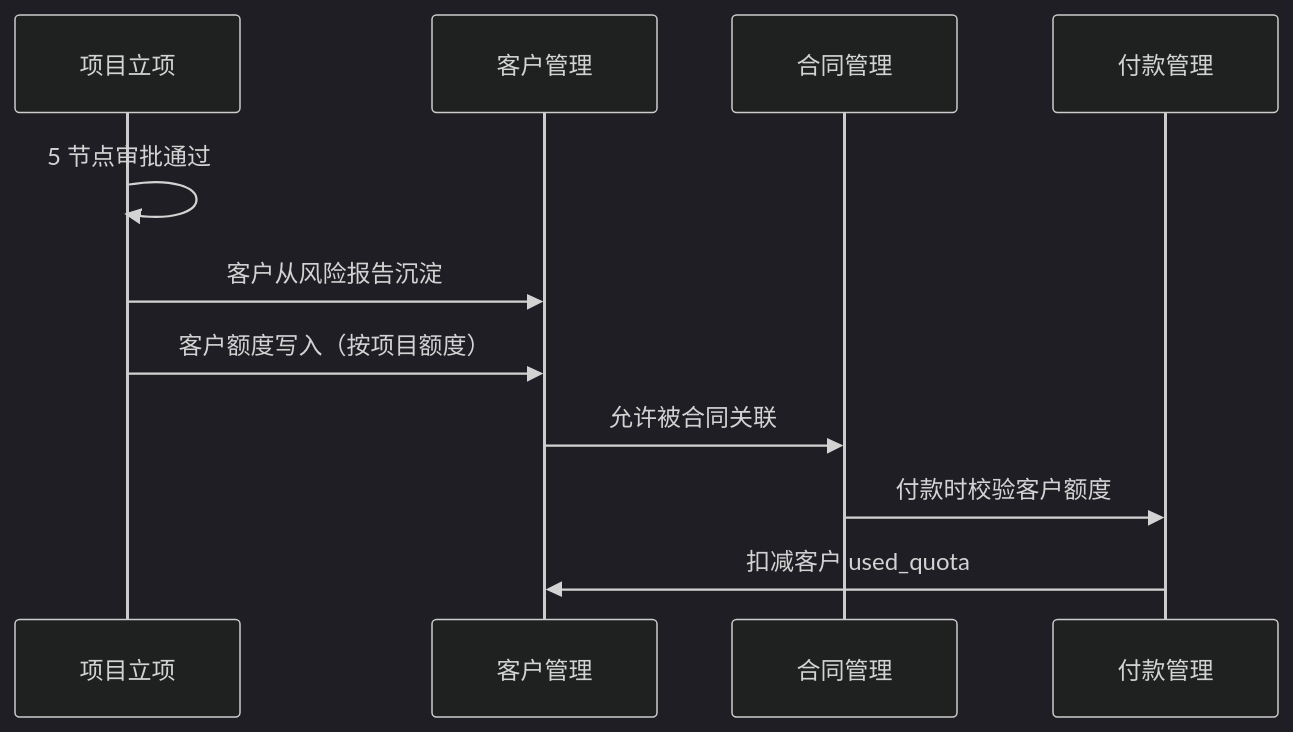
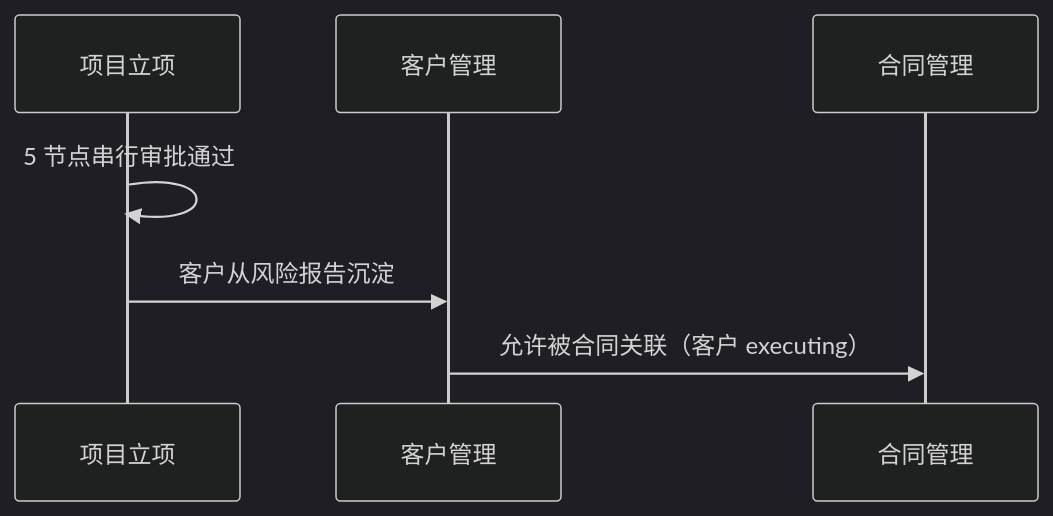
The fourth of 7 diagrams in docs-v2/02.02-客户管理.md (Ummyue/gyt-admin), drawn with Mermaid (dark theme) before and after one commit. The commit also changed other lines of this file and 40 other files, not shown here.

````diff
--- a/docs-v2/02.02-客户管理.md
+++ b/docs-v2/02.02-客户管理.md
@@ -250,14 +278,10 @@
 ```mermaid
 sequenceDiagram
     participant Proj as 项目立项
     participant Cust as 客户管理
     participant Cont as 合同管理
-    participant Pay as 付款管理
 
-    Proj->>Proj: 5 节点审批通过
+    Proj->>Proj: 5 节点串行审批通过
     Proj->>Cust: 客户从风险报告沉淀
-    Proj->>Cust: 客户额度写入（按项目额度）
-    Cust->>Cont: 允许被合同关联
-    Cont->>Pay: 付款时校验客户额度
-    Pay->>Cust: 扣减客户 used_quota
+    Cust->>Cont: 允许被合同关联（客户 executing）
 ```
````
